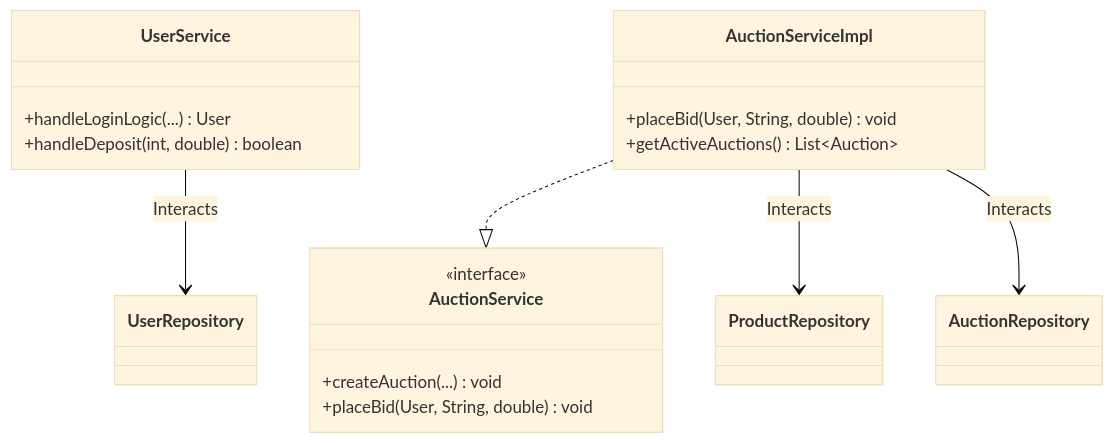
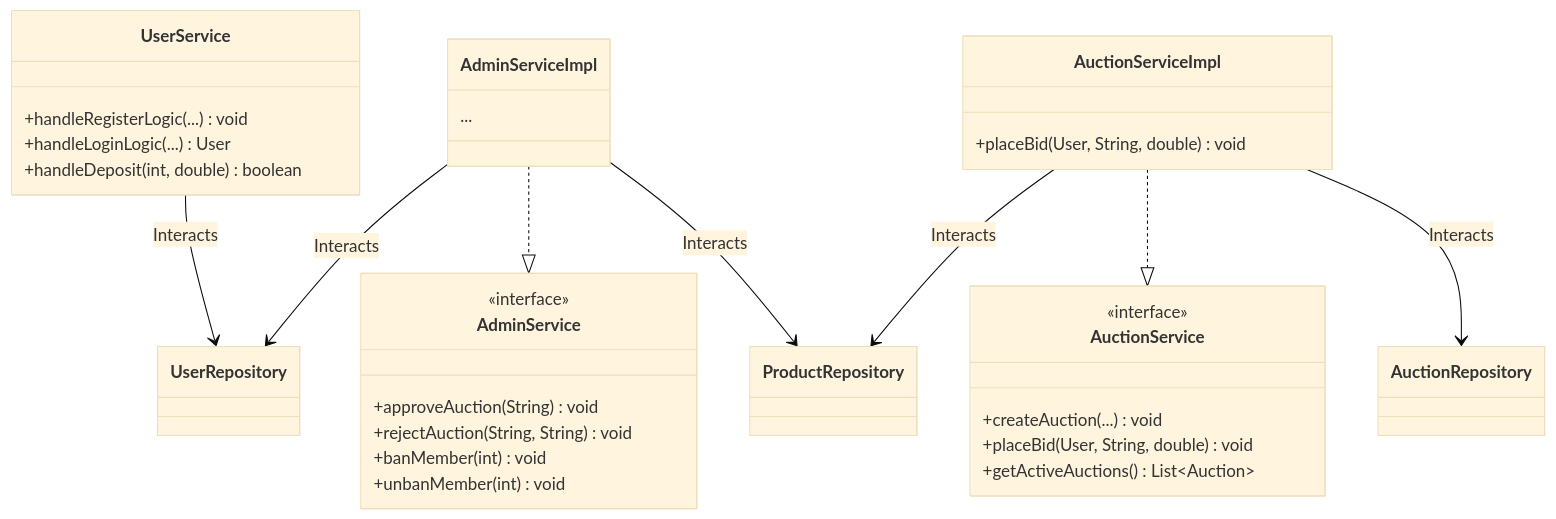
The third of 4 diagrams in README.md (25021616-sketch/Dau_Gia_Truc_Tuyen_Nhom2), drawn with Mermaid (base theme) before and after one commit. The commit also changed other lines of this file, not shown here.

````diff
--- a/README.md
+++ b/README.md
@@ -156,21 +229,38 @@
 ```mermaid
 classDiagram
     direction TB
+
     class UserService {
+        +handleRegisterLogic(...) void
         +handleLoginLogic(...) User
         +handleDeposit(int, double) boolean
     }
+
+    class AdminService {
+        <<interface>>
+        +approveAuction(String) void
+        +rejectAuction(String, String) void
+        +banMember(int) void
+        +unbanMember(int) void
+    }
+    class AdminServiceImpl { ... }
+
     class AuctionService {
         <<interface>>
         +createAuction(...) void
         +placeBid(User, String, double) void
+        +getActiveAuctions() List~Auction~
     }
     class AuctionServiceImpl {
         +placeBid(User, String, double) void
-        +getActiveAuctions() List~Auction~
     }
+
+    AdminServiceImpl ..|> AdminService
     AuctionServiceImpl ..|> AuctionService
+    
     UserService --> UserRepository : Interacts
+    AdminServiceImpl --> UserRepository : Interacts
+    AdminServiceImpl --> ProductRepository : Interacts
     AuctionServiceImpl --> ProductRepository : Interacts
     AuctionServiceImpl --> AuctionRepository : Interacts
 ```
````
